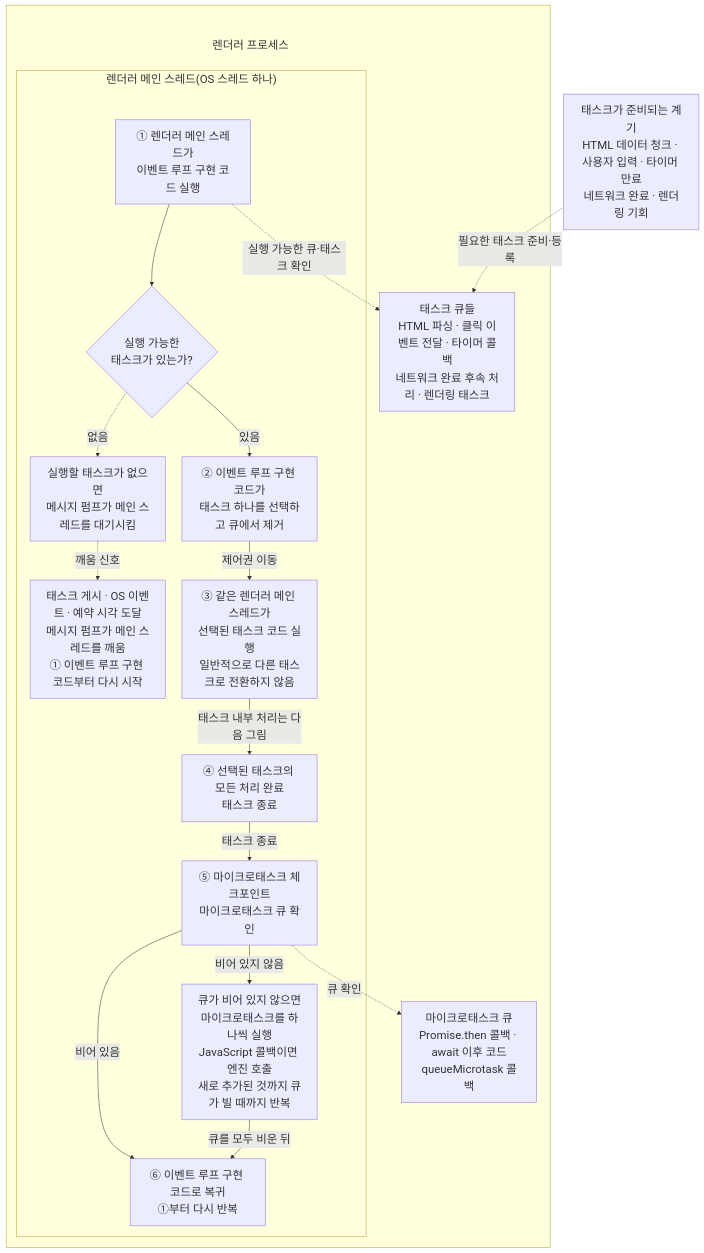
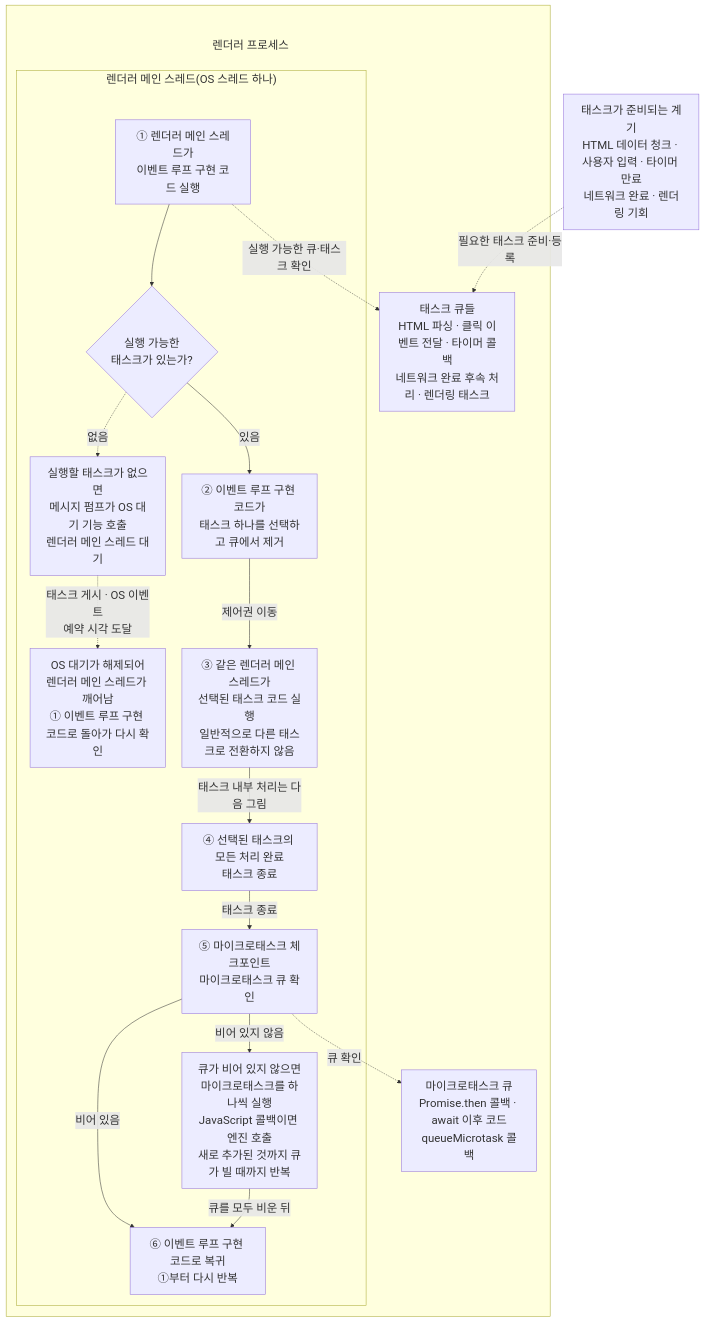
Before and after one commit to lee-gimoon/futures-paper-trading: the second of 3 diagrams in docs/frontend-study/06-main-thread-call-stack-and-event-loop.md, drawn with Mermaid. The commit also changed other lines of this file, not shown here.

Commit message:
docs: clarify message pump wake-up flow

````diff
--- a/docs/frontend-study/06-main-thread-call-stack-and-event-loop.md
+++ b/docs/frontend-study/06-main-thread-call-stack-and-event-loop.md
@@ -62,42 +63,42 @@
 ```mermaid
 %%{init: {"themeVariables": {"fontSize": "22px"}, "flowchart": {"nodeSpacing": 32, "rankSpacing": 42, "subGraphTitleMargin": {"top": 0, "bottom": 24}}}}%%
 flowchart TB
   SOURCES["태스크가 준비되는 계기<br/>HTML 데이터 청크 · 사용자 입력 · 타이머 만료<br/>네트워크 완료 · 렌더링 기회"]
 
   subgraph RENDERER[" "]
     RENDERER_TITLE["렌더러 프로세스"]:::processTitle
     TQ["태스크 큐들<br/>HTML 파싱 · 클릭 이벤트 전달 · 타이머 콜백<br/>네트워크 완료 후속 처리 · 렌더링 태스크"]
     MQ["마이크로태스크 큐<br/>Promise.then 콜백 · await 이후 코드<br/>queueMicrotask 콜백"]
 
     subgraph MAIN["렌더러 메인 스레드(OS 스레드 하나)"]
       EL["① 렌더러 메인 스레드가<br/>이벤트 루프 구현 코드 실행"]
       HAS_TASK{"실행 가능한<br/>태스크가 있는가?"}
       SELECT["② 이벤트 루프 구현 코드가<br/>태스크 하나를 선택하고 큐에서 제거"]
-      WAIT["실행할 태스크가 없으면<br/>메시지 펌프가 메인 스레드를 대기시킴"]
-      WAKE["태스크 게시 · OS 이벤트 · 예약 시각 도달<br/>메시지 펌프가 메인 스레드를 깨움<br/>① 이벤트 루프 구현 코드부터 다시 시작"]
+      WAIT["실행할 태스크가 없으면<br/>메시지 펌프가 OS 대기 기능 호출<br/>렌더러 메인 스레드 대기"]
+      WAKE["OS 대기가 해제되어<br/>렌더러 메인 스레드가 깨어남<br/>① 이벤트 루프 구현 코드로 돌아가 다시 확인"]
       TASK["③ 같은 렌더러 메인 스레드가<br/>선택된 태스크 코드 실행<br/>일반적으로 다른 태스크로 전환하지 않음"]
       TASK_DONE["④ 선택된 태스크의 모든 처리 완료<br/>태스크 종료"]
       CHECK["⑤ 마이크로태스크 체크포인트<br/>마이크로태스크 큐 확인"]
       MICRO_JS["큐가 비어 있지 않으면<br/>마이크로태스크를 하나씩 실행<br/>JavaScript 콜백이면 엔진 호출<br/>새로 추가된 것까지 큐가 빌 때까지 반복"]
       BACK["⑥ 이벤트 루프 구현 코드로 복귀<br/>①부터 다시 반복"]
     end
   end
 
   RENDERER_TITLE ~~~ EL
   RENDERER_TITLE ~~~ TQ
   SOURCES -.->|"필요한 태스크 준비·등록"| TQ
   EL -.->|"실행 가능한 큐·태스크 확인"| TQ
   EL --> HAS_TASK
   HAS_TASK -.->|"없음"| WAIT
-  WAIT -.->|"깨움 신호"| WAKE
+  WAIT -.->|"태스크 게시 · OS 이벤트<br/>예약 시각 도달"| WAKE
   HAS_TASK -->|"있음"| SELECT
   SELECT -->|"제어권 이동"| TASK
   TASK -->|"태스크 내부 처리는 다음 그림"| TASK_DONE
   TASK_DONE -->|"태스크 종료"| CHECK
   CHECK -.->|"큐 확인"| MQ
   CHECK -->|"비어 있지 않음"| MICRO_JS
   CHECK -->|"비어 있음"| BACK
   MICRO_JS -->|"큐를 모두 비운 뒤"| BACK
 
   classDef processTitle fill:transparent,stroke:transparent,color:#333
 ```
````
